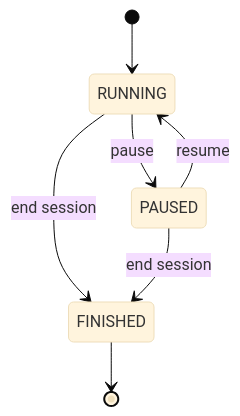
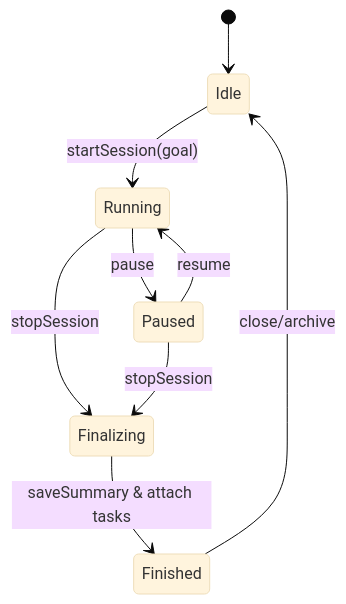
One commit to ask444d/vibeboard changed the fourth of 4 diagrams in README.md. Above: the diagram before and after it, drawn with Mermaid (base theme). The commit also changed other lines of this file, not shown here.

Commit message:
Replace the README lifecycle diagrams with cleaner versions

````diff
--- a/README.md
+++ b/README.md
@@ -209,12 +212,15 @@
 ```mermaid
 stateDiagram-v2
-  [*] --> RUNNING
+  [*] --> Idle
 
-  RUNNING --> PAUSED: pause
-  PAUSED --> RUNNING: resume
+  Idle --> Running: startSession(goal)
 
-  RUNNING --> FINISHED: end session
-  PAUSED --> FINISHED: end session
+  Running --> Paused: pause
+  Paused --> Running: resume
 
-  FINISHED --> [*]
+  Running --> Finalizing: stopSession
+  Paused --> Finalizing: stopSession
+
+  Finalizing --> Finished: saveSummary & attach tasks
+  Finished --> Idle: close/archive
 ```
````
